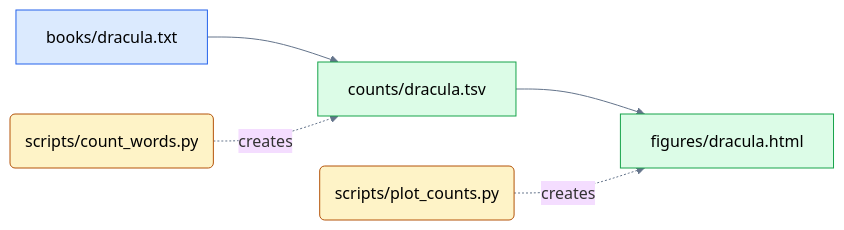
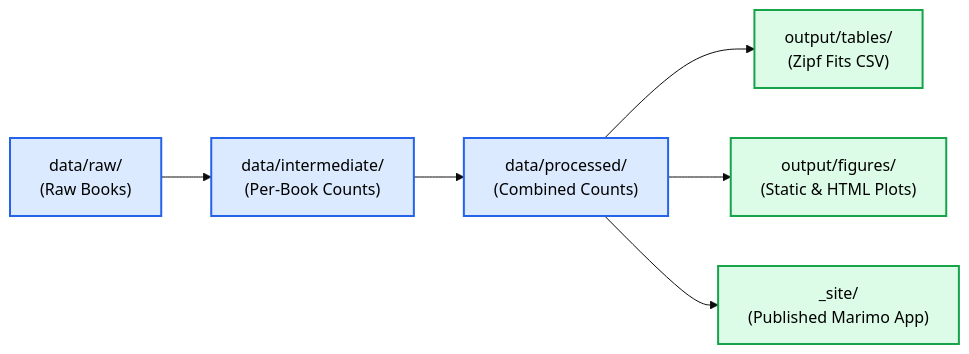
One commit to oist/gecs changed the first of 3 diagrams in sessions/automation.qmd. Above: the diagram before and after it, drawn with Mermaid. The commit also changed other lines of this file, not shown here.

````diff
--- a/sessions/automation.qmd
+++ b/sessions/automation.qmd
@@ -12,10 +34,13 @@
 ```{mermaid}
-%%{init: {"flowchart": {"curve": "basis"}, "theme": "base", "themeVariables": {"lineColor": "#64748b", "fontFamily": "Arial"}}}%%
+%%{init: {"flowchart": {"curve": "basis"}, "theme": "base", "themeVariables": {"fontFamily": "Arial"}}}%%
 flowchart LR
-    Book["books/dracula.txt"]:::data --> Counts["counts/dracula.tsv"]:::output --> Figure["figures/dracula.html"]:::output
-    CountScript("scripts/count_words.py"):::script -. creates .-> Counts
-    PlotScript("scripts/plot_counts.py"):::script -. creates .-> Figure
-    classDef data fill:#dbeafe,stroke:#2563eb,color:#000
-    classDef output fill:#dcfce7,stroke:#16a34a,color:#000
-    classDef script fill:#fef3c7,stroke:#b45309,color:#000
+    Raw["data/raw/<br>(Raw Books)"] --> Inter["data/intermediate/<br>(Per-Book Counts)"]
+    Inter --> Proc["data/processed/<br>(Combined Counts)"]
+    Proc --> Fits["output/tables/<br>(Zipf Fits CSV)"]
+    Proc --> Figs["output/figures/<br>(Static & HTML Plots)"]
+    Proc --> Site["_site/<br>(Published Marimo App)"]
+    classDef data fill:#dbeafe,stroke:#2563eb,stroke-width:2px,color:#000
+    classDef out fill:#dcfce7,stroke:#16a34a,stroke-width:2px,color:#000
+    class Raw,Inter,Proc data
+    class Fits,Figs,Site out
 ```
````
